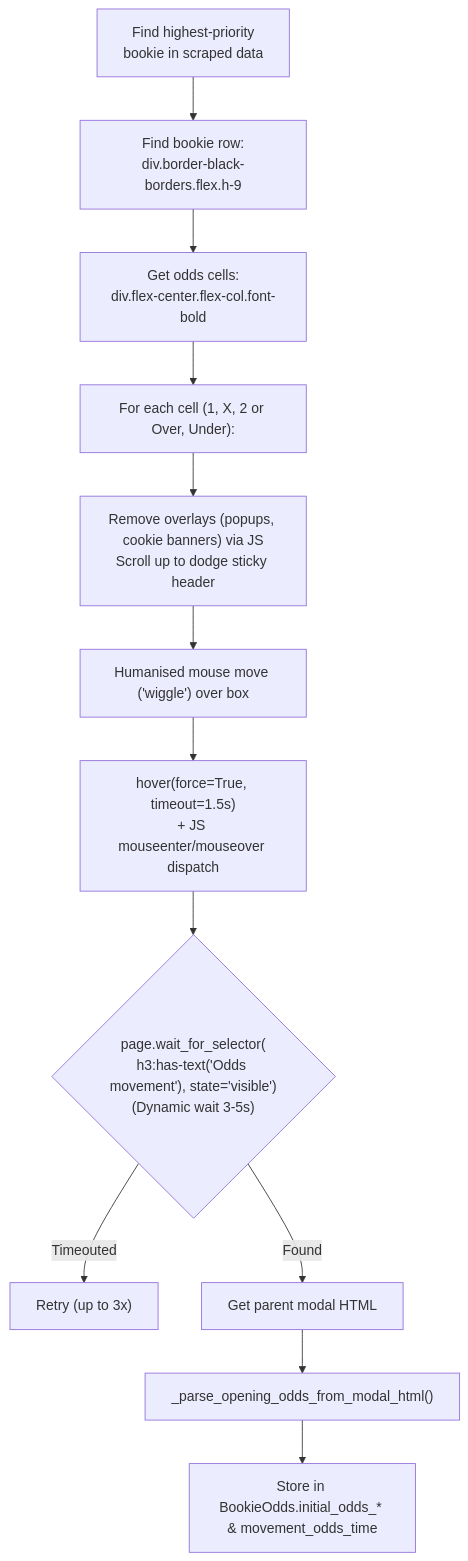
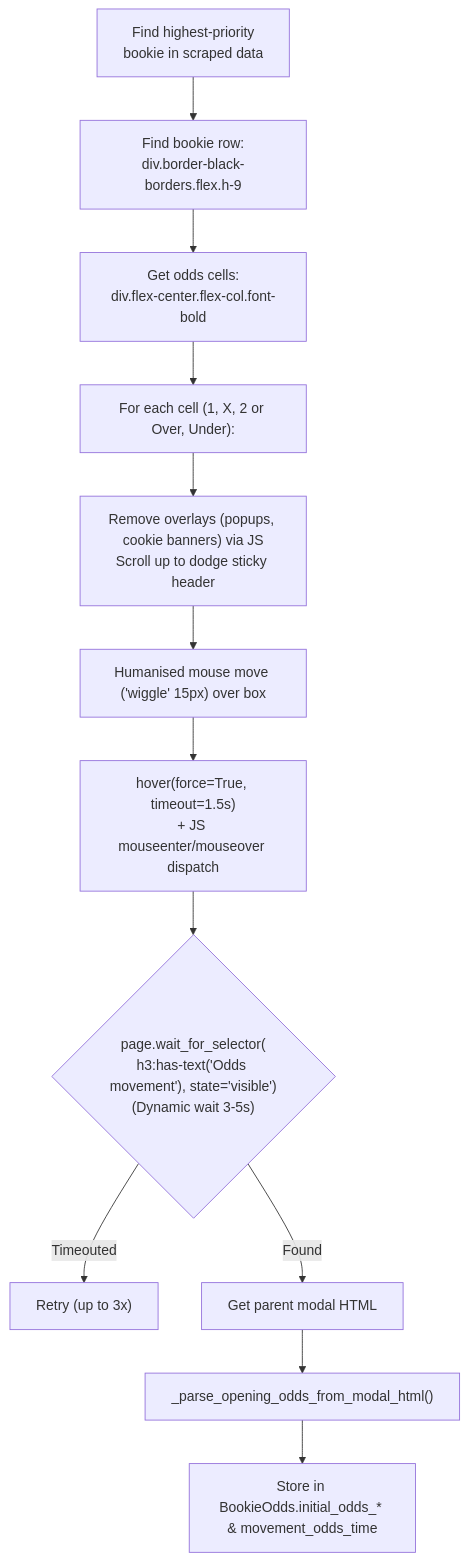
One commit to GadielRP/scraping_with_api changed the fifth of 5 diagrams in oddsportal_scraping.md. Above: the diagram before and after it, drawn with Mermaid. The commit also changed other lines of this file and 2 other files, not shown here.

````diff
--- a/oddsportal_scraping.md
+++ b/oddsportal_scraping.md
@@ -512,14 +523,14 @@
 ```mermaid
 flowchart TD
     A["Find highest-priority\nbookie in scraped data"] --> B["Find bookie row:\ndiv.border-black-borders.flex.h-9"]
     B --> C["Get odds cells:\ndiv.flex-center.flex-col.font-bold"]
     C --> D["For each cell (1, X, 2 or Over, Under):"]
     D --> E["Remove overlays (popups, cookie banners) via JS\nScroll up to dodge sticky header"]
-    E --> F["Humanised mouse move ('wiggle') over box"]
+    E --> F["Humanised mouse move ('wiggle' 15px) over box"]
     F --> G["hover(force=True, timeout=1.5s)\n+ JS mouseenter/mouseover dispatch"]
     G --> H{"page.wait_for_selector(\nh3:has-text('Odds movement'), state='visible')\n(Dynamic wait 3-5s)"}
     H -- Timeouted --> I["Retry (up to 3x)"]
     H -- Found --> J["Get parent modal HTML"]
     J --> K["_parse_opening_odds_from_modal_html()"]
     K --> L["Store in BookieOdds.initial_odds_* & movement_odds_time"]
 ```
````
